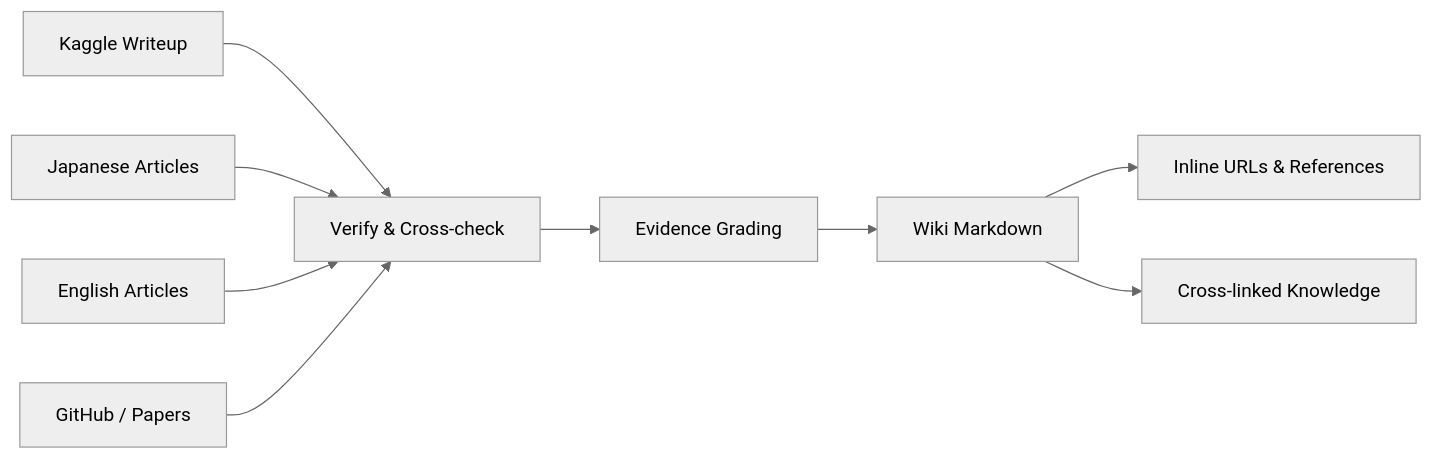
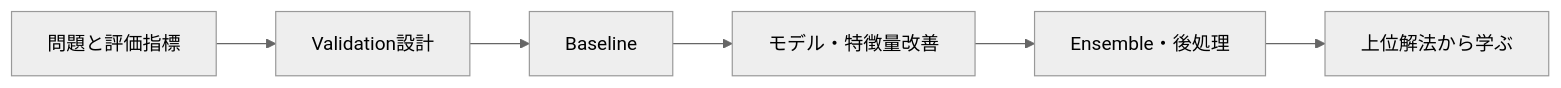
The diagram in index.md (morikazu1119/Kagglecture), drawn with Mermaid (neutral theme) before and after one commit. The commit also changed other lines of this file, not shown here.

Commit message:
docs: simplify landing page for Kaggle learners

````diff
--- a/index.md
+++ b/index.md
@@ -19,11 +20,8 @@
 ```mermaid
 flowchart LR
-    A[Kaggle Writeup] --> V[Verify & Cross-check]
-    B[Japanese Articles] --> V
-    C[English Articles] --> V
-    D[GitHub / Papers] --> V
-    V --> E[Evidence Grading]
-    E --> W[Wiki Markdown]
-    W --> R[Inline URLs & References]
-    W --> X[Cross-linked Knowledge]
+    A[問題と評価指標] --> B[Validation設計]
+    B --> C[Baseline]
+    C --> D[モデル・特徴量改善]
+    D --> E[Ensemble・後処理]
+    E --> F[上位解法から学ぶ]
 ```
````
